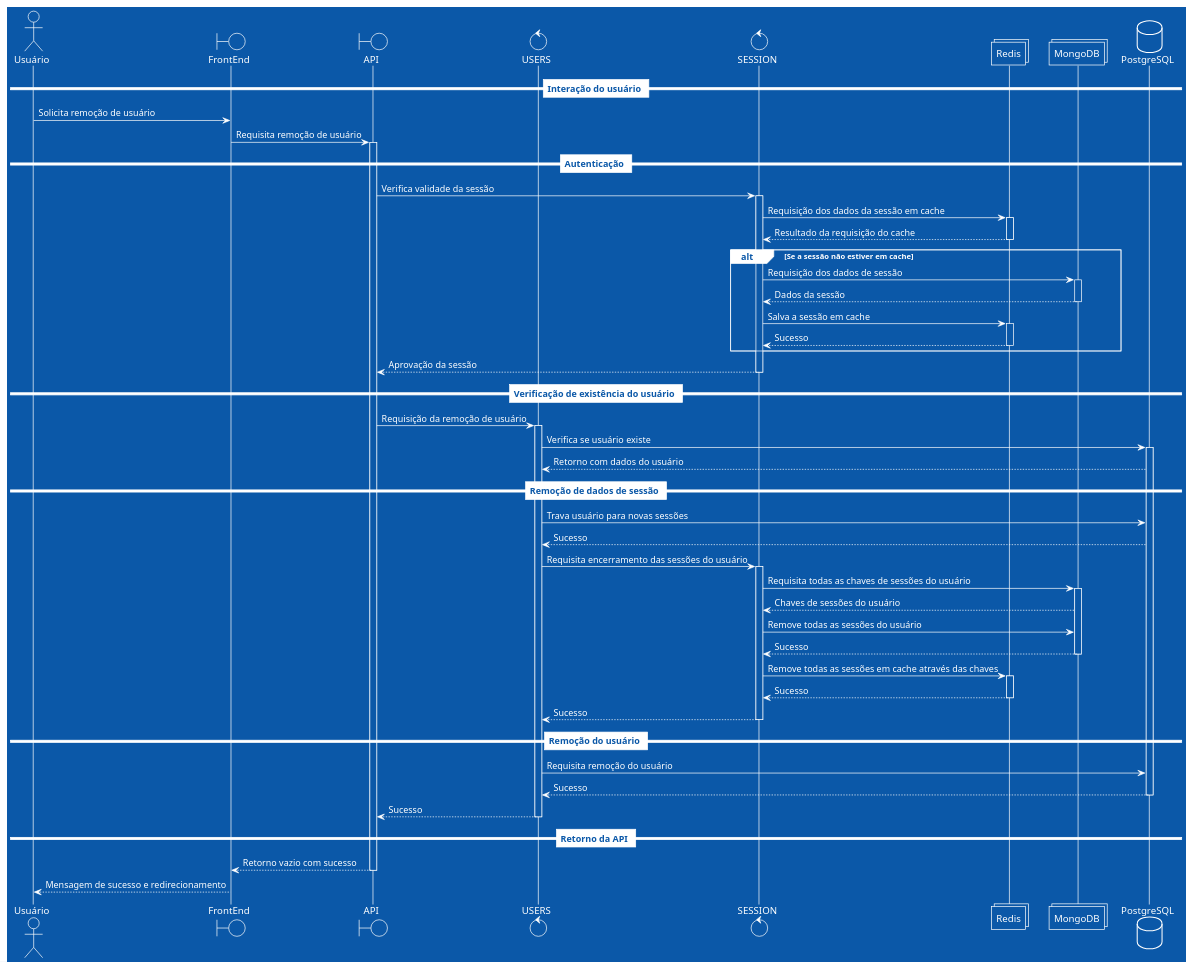
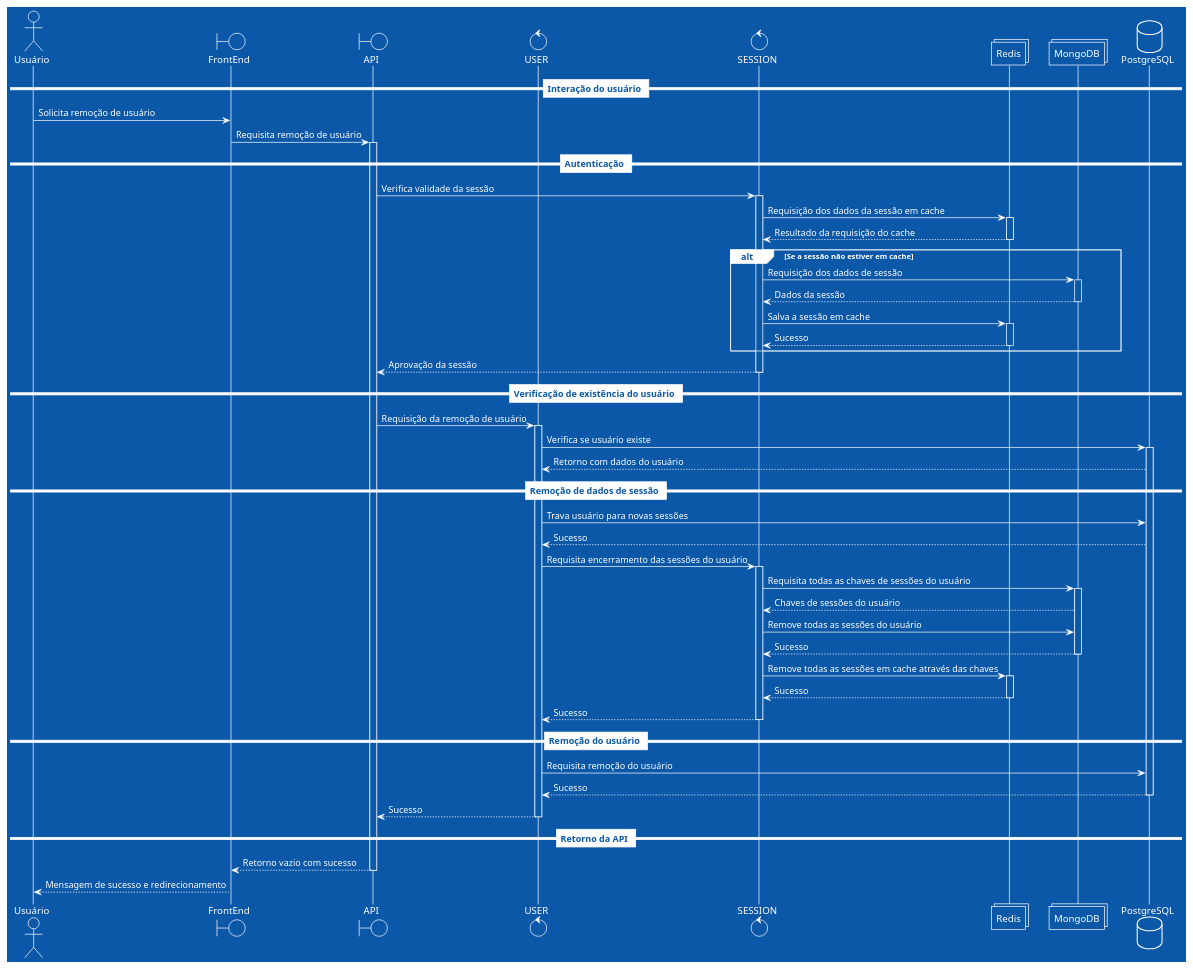
Before and after one commit to Minerva-System/minerva-system: the diagram in docs/src/diagramas/remocao-usuarios.md, drawn with PlantUML. The commit also changed 10 other files, not shown here.

```diff
--- a/docs/src/diagramas/remocao-usuarios.md
+++ b/docs/src/diagramas/remocao-usuarios.md
@@ -8,7 +8,7 @@
 actor       Usuário    as ator
 boundary    FrontEnd   as frontend
 boundary    API        as api
-control     USERS      as users
+control     USER      as user
 control     SESSION    as session
 collections Redis      as redis
 collections MongoDB    as mongo
@@ -46,17 +46,17 @@
 
 == Verificação de existência do usuário ==
 
-api   ->  users:    Requisição da remoção de usuário
-activate users
-users ->  postgres: Verifica se usuário existe
+api   ->  user:    Requisição da remoção de usuário
+activate user
+user ->  postgres: Verifica se usuário existe
 activate postgres
-users <-- postgres: Retorno com dados do usuário
+user <-- postgres: Retorno com dados do usuário
 
 == Remoção de dados de sessão ==
 
-users   ->  postgres: Trava usuário para novas sessões
-users   <-- postgres: Sucesso
-users   ->  session:  Requisita encerramento das sessões do usuário
+user   ->  postgres: Trava usuário para novas sessões
+user   <-- postgres: Sucesso
+user   ->  session:  Requisita encerramento das sessões do usuário
 activate session
 session ->  mongo:    Requisita todas as chaves de sessões do usuário
 activate mongo
@@ -68,19 +68,19 @@
 activate redis
 session <-- redis:    Sucesso
 deactivate redis
-users   <-- session:  Sucesso
+user   <-- session:  Sucesso
 deactivate session
 
 == Remoção do usuário ==
 
-users    -> postgres:  Requisita remoção do usuário
-users    <-- postgres: Sucesso
+user    -> postgres:  Requisita remoção do usuário
+user    <-- postgres: Sucesso
 deactivate postgres
-api      <-- users:    Sucesso
+api      <-- user:    Sucesso
 
 == Retorno da API ==
 
-deactivate users
+deactivate user
 frontend <-- api:      Retorno vazio com sucesso
 deactivate api
 ator     <-- frontend: Mensagem de sucesso e redirecionamento
```
